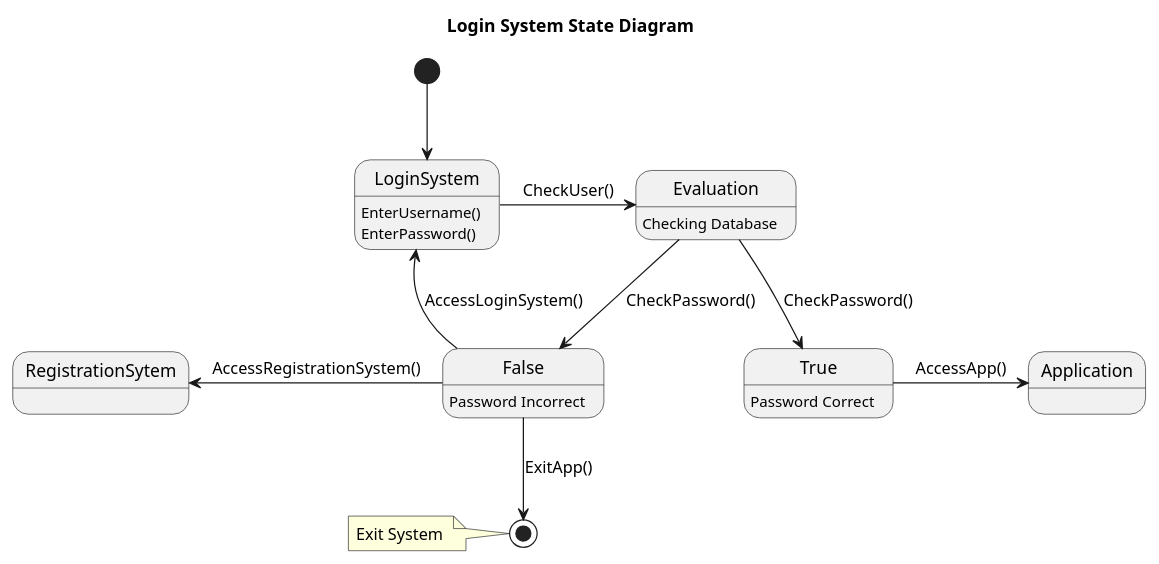
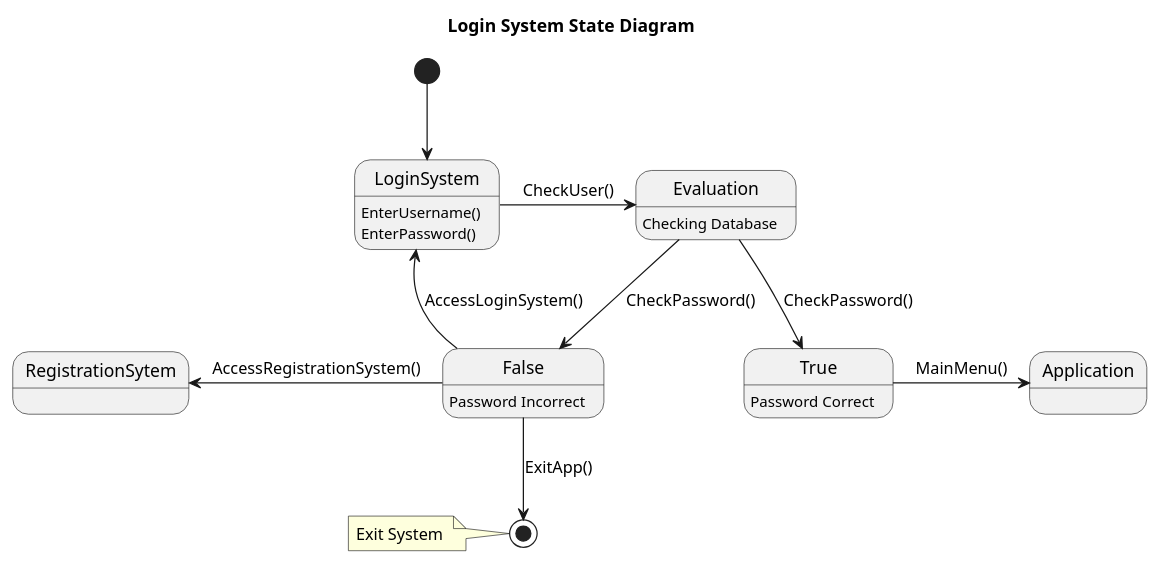
The diagram in State Diagrams/LoginSystem.plantuml (ECCE336-100053463/ECCE-336-Project), drawn with PlantUML before and after one commit. The commit also changed 3 other files, not shown here.

Commit message:
Edited State Diagrams

```diff
--- a/State Diagrams/LoginSystem.plantuml
+++ b/State Diagrams/LoginSystem.plantuml
@@ -1,22 +1,22 @@
 @startuml
 
 title Login System State Diagram
 [*] --> LoginSystem
 LoginSystem :EnterUsername()\nEnterPassword()
 False:Password Incorrect
 True:Password Correct
 Evaluation:Checking Database
 
 
 LoginSystem -> Evaluation:CheckUser()
 Evaluation --> True : CheckPassword()
 Evaluation --> False:CheckPassword()
 LoginSystem <-- False : AccessLoginSystem()
 RegistrationSytem <- False :AccessRegistrationSystem()
 False --> [*]:ExitApp()
 note left
 Exit System 
 end note
-True -> Application:AccessApp()
+True -> Application:MainMenu()
 
 @enduml
```
